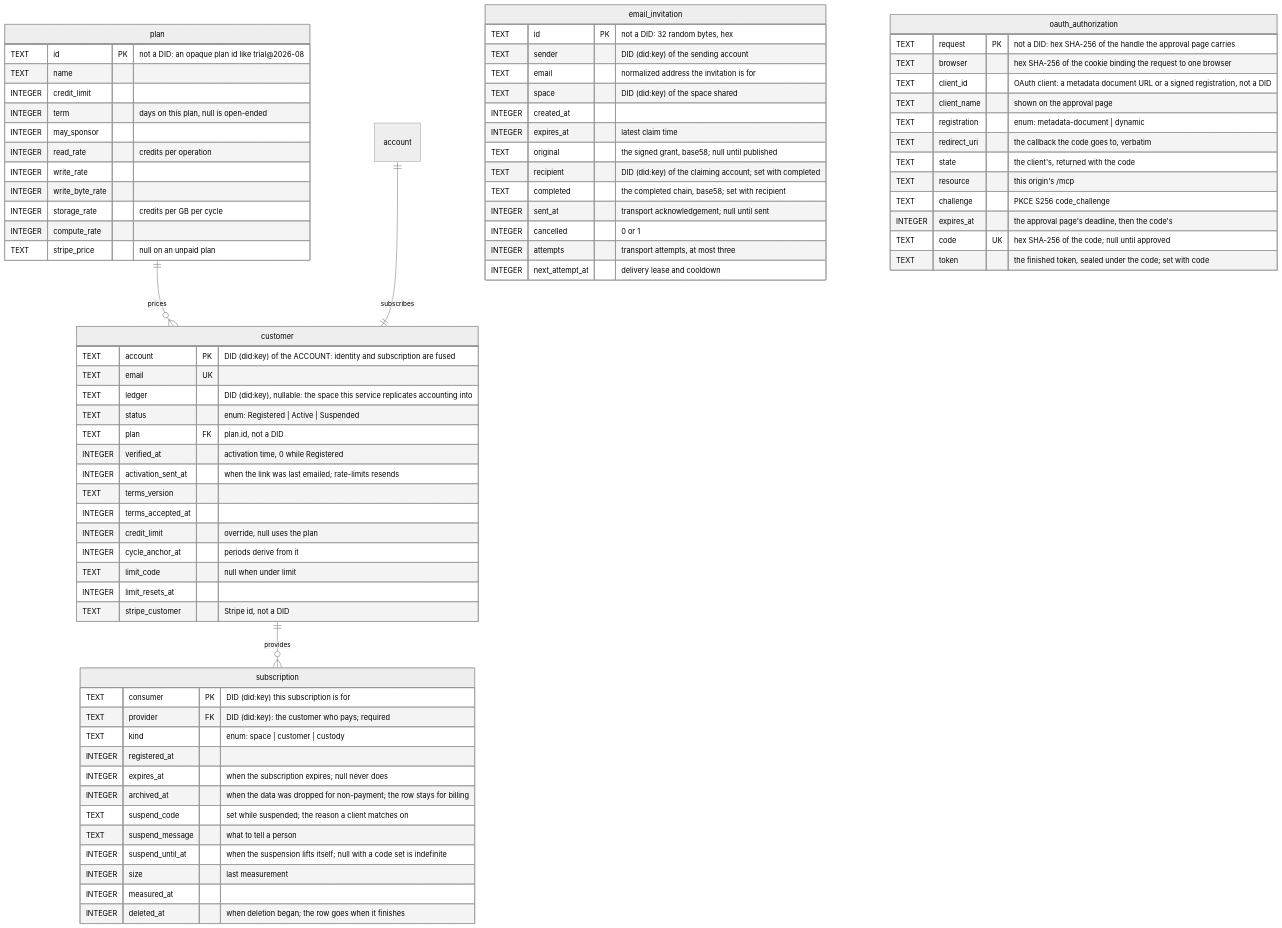
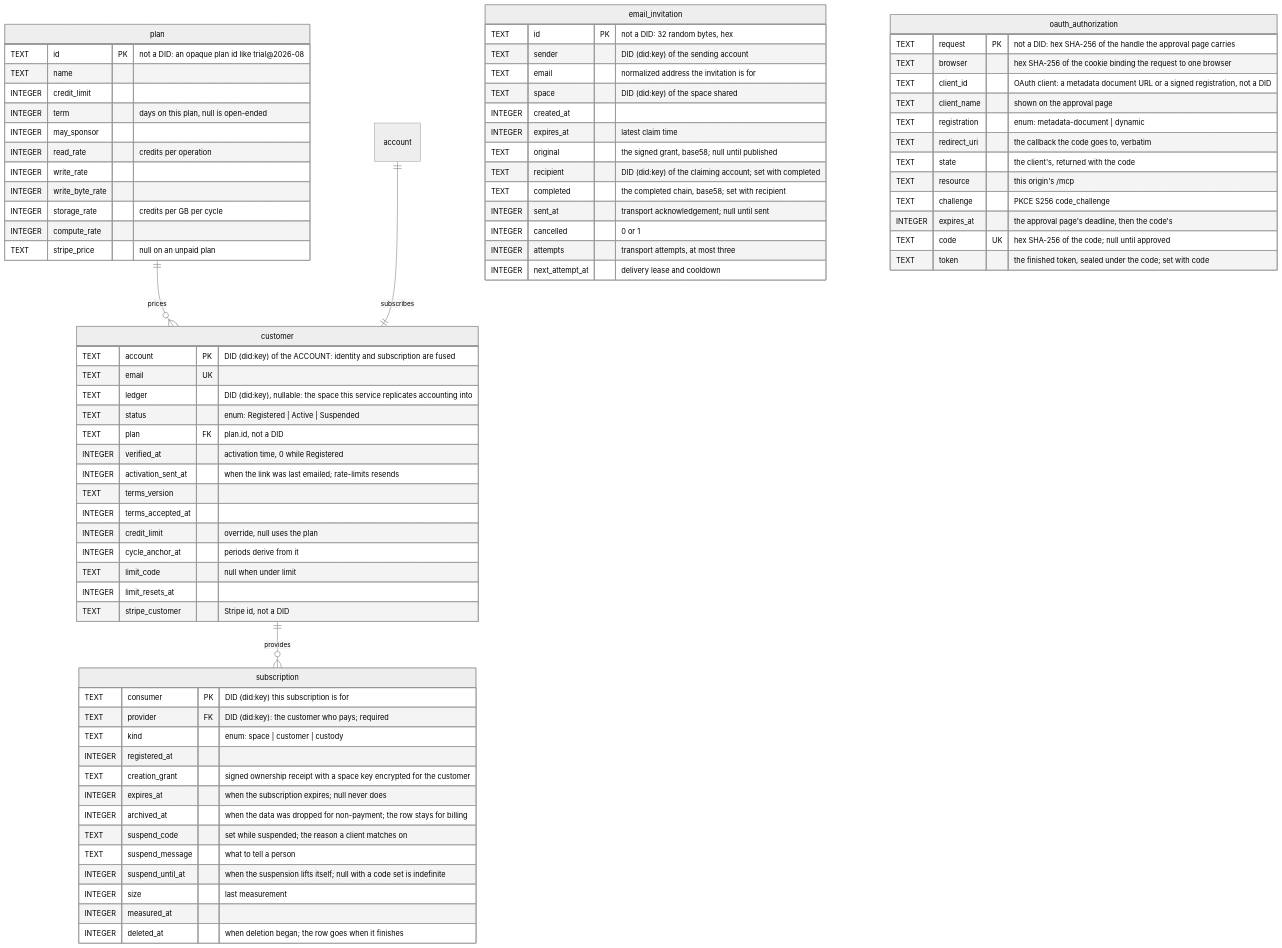
The first of 4 diagrams in docs/access-control-schema.md (tonk-labs/tonk), drawn with Mermaid (neutral theme) before and after one commit. The commit also changed 31 other files, not shown here.

```diff
--- a/docs/access-control-schema.md
+++ b/docs/access-control-schema.md
@@ -52,6 +52,7 @@
         TEXT provider FK "DID (did:key): the customer who pays; required"
         TEXT kind "enum: space | customer | custody"
         INTEGER registered_at
+        TEXT creation_grant "signed ownership receipt with a space key encrypted for the customer"
         INTEGER expires_at "when the subscription expires; null never does"
         INTEGER archived_at "when the data was dropped for non-payment; the row stays for billing"
         TEXT suspend_code "set while suspended; the reason a client matches on"
```
